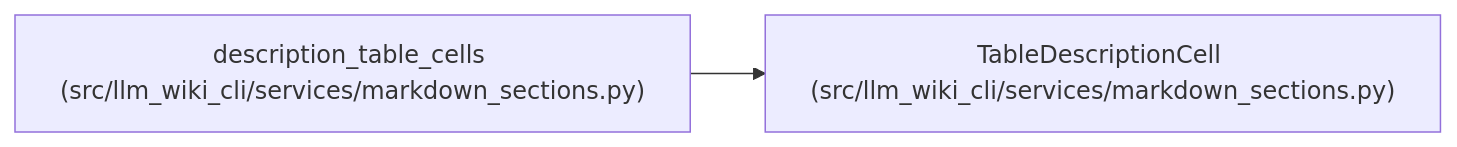
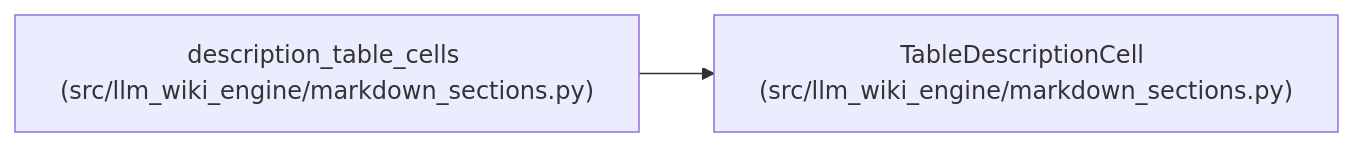
One commit to Denissvgn/python-wiki-llm changed the diagram in docs/llm_wiki/entities/TableDescriptionCell.md. Above: the diagram before and after it, drawn with Mermaid. The commit also changed other lines of this file and 1103 other files, not shown here.

First line of the commit message:
docs: refresh the wiki for the llm-wiki-engine distribution

````diff
--- a/docs/llm_wiki/entities/TableDescriptionCell.md
+++ b/docs/llm_wiki/entities/TableDescriptionCell.md
@@ -32,8 +32,8 @@
 ```mermaid
 flowchart LR
-    n0["TableDescriptionCell (src/llm_wiki_cli/services/markdown_sections.py)"]
-    n1["description_table_cells (src/llm_wiki_cli/services/markdown_sections.py)"]
+    n0["TableDescriptionCell (src/llm_wiki_engine/markdown_sections.py)"]
+    n1["description_table_cells (src/llm_wiki_engine/markdown_sections.py)"]
     n1 --> n0
     click n0 "../modules/markdown_sections.md"
     click n1 "../modules/markdown_sections.md"
 ```
````
